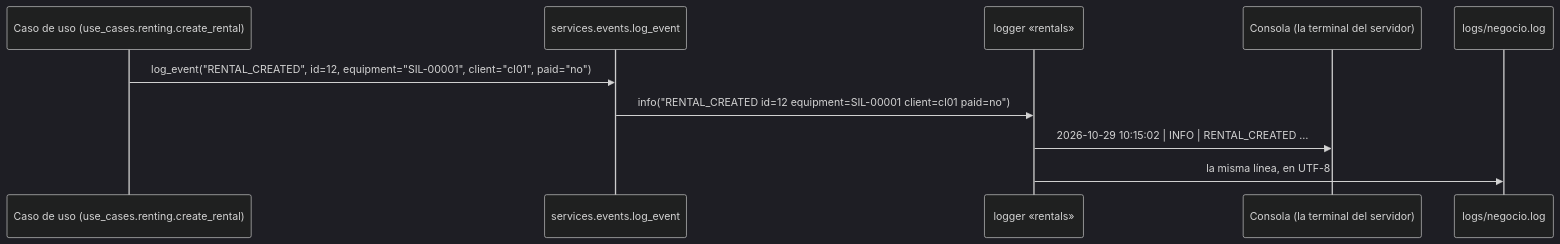
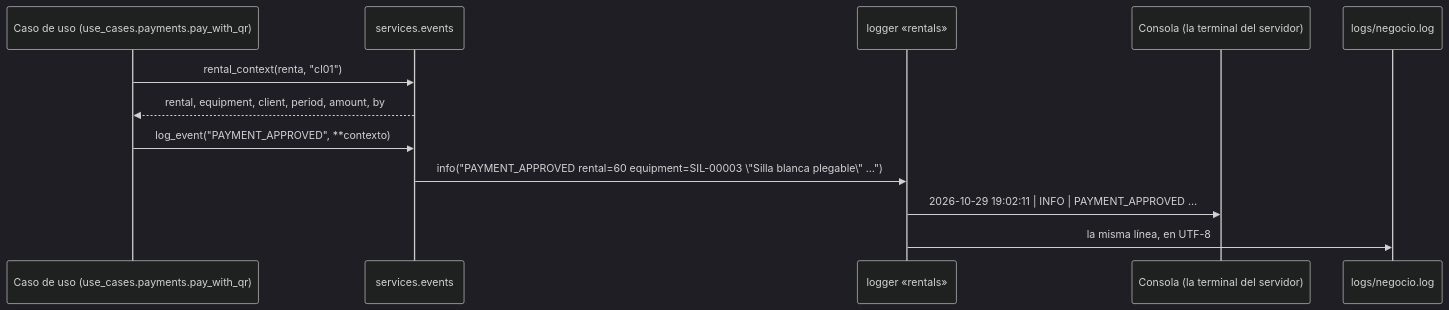
The third of 3 diagrams in docs/arquitectura.md (peterteranb/astra-rent-system), drawn with Mermaid (dark theme) before and after one commit. The commit also changed other lines of this file and 13 other files, not shown here.

````diff
--- a/docs/arquitectura.md
+++ b/docs/arquitectura.md
@@ -142,12 +142,14 @@
 ```mermaid
 sequenceDiagram
-    participant U as Caso de uso (use_cases.renting.create_rental)
-    participant E as services.events.log_event
+    participant U as Caso de uso (use_cases.payments.pay_with_qr)
+    participant E as services.events
     participant L as logger «rentals»
     participant C as Consola (la terminal del servidor)
     participant F as logs/negocio.log
-    U->>E: log_event("RENTAL_CREATED", id=12, equipment="SIL-00001", client="cl01", paid="no")
-    E->>L: info("RENTAL_CREATED id=12 equipment=SIL-00001 client=cl01 paid=no")
-    L->>C: 2026-10-29 10:15:02 | INFO    | RENTAL_CREATED …
+    U->>E: rental_context(renta, "cl01")
+    E-->>U: rental, equipment, client, period, amount, by
+    U->>E: log_event("PAYMENT_APPROVED", **contexto)
+    E->>L: info("PAYMENT_APPROVED rental=60 equipment=SIL-00003 \"Silla blanca plegable\" …")
+    L->>C: 2026-10-29 19:02:11 | INFO    | PAYMENT_APPROVED …
     L->>F: la misma línea, en UTF-8
 ```
````
